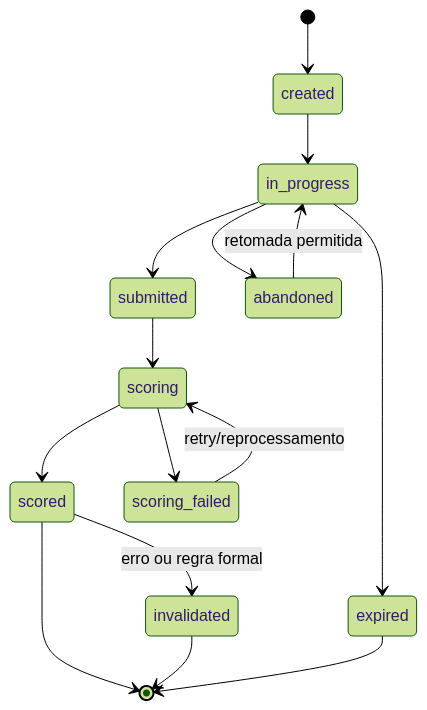
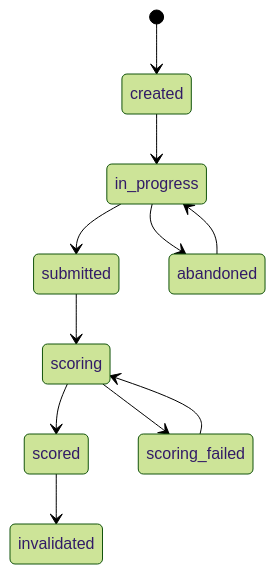
Before and after one commit to pablo-marchina/LMS-estimulo: the sixth of 10 diagrams in docs/domain/LIFECYCLES_AND_STATE_MACHINES.md, drawn with Mermaid (forest theme). The commit also changed other lines of this file and 23 other files, not shown here.

````diff
--- a/docs/domain/LIFECYCLES_AND_STATE_MACHINES.md
+++ b/docs/domain/LIFECYCLES_AND_STATE_MACHINES.md
@@ -155,17 +100,13 @@
 ```mermaid
 stateDiagram-v2
     [*] --> created
     created --> in_progress
     in_progress --> submitted
     in_progress --> abandoned
-    abandoned --> in_progress: retomada permitida
-    in_progress --> expired
+    abandoned --> in_progress
     submitted --> scoring
     scoring --> scored
     scoring --> scoring_failed
-    scoring_failed --> scoring: retry/reprocessamento
-    scored --> invalidated: erro ou regra formal
-    scored --> [*]
-    invalidated --> [*]
-    expired --> [*]
+    scoring_failed --> scoring
+    scored --> invalidated
 ```
````
